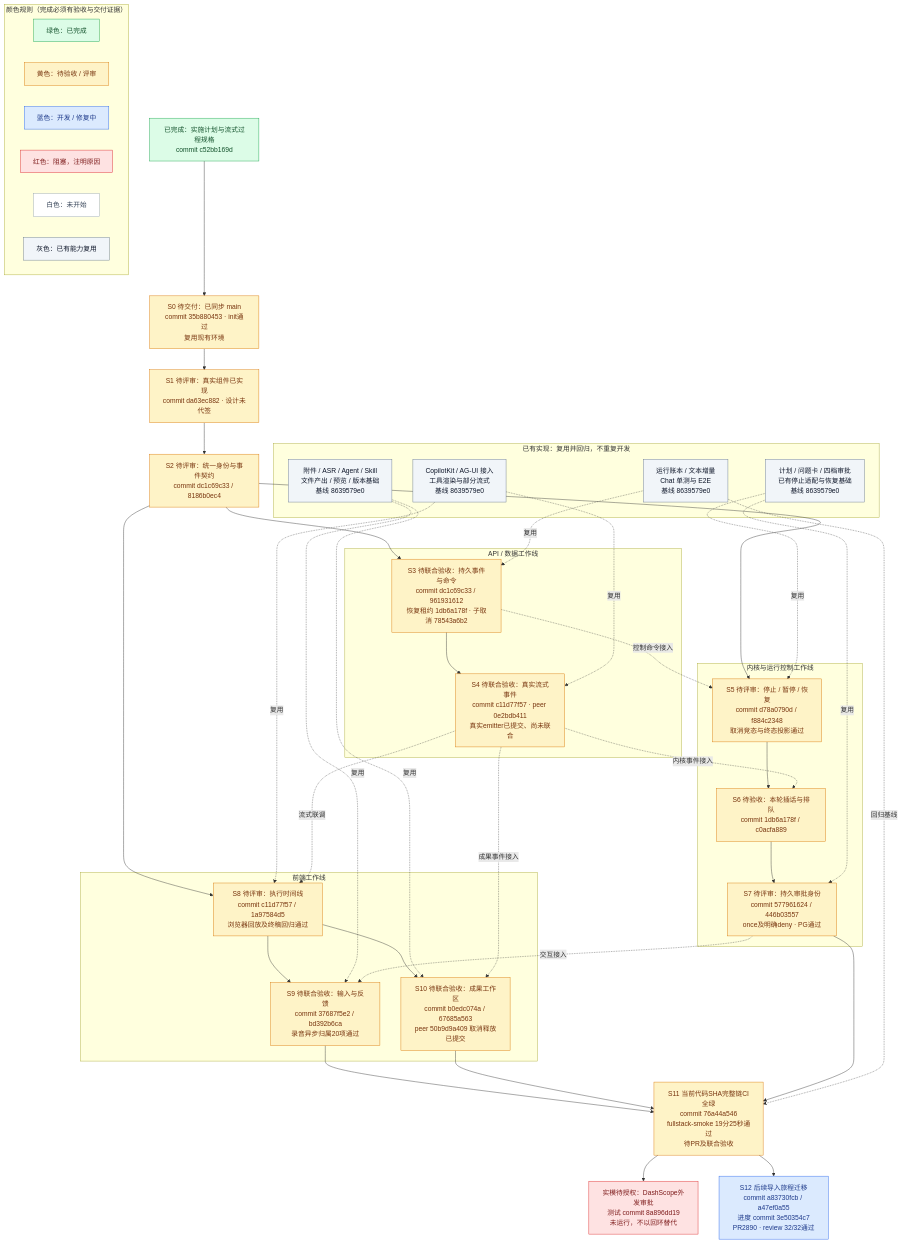
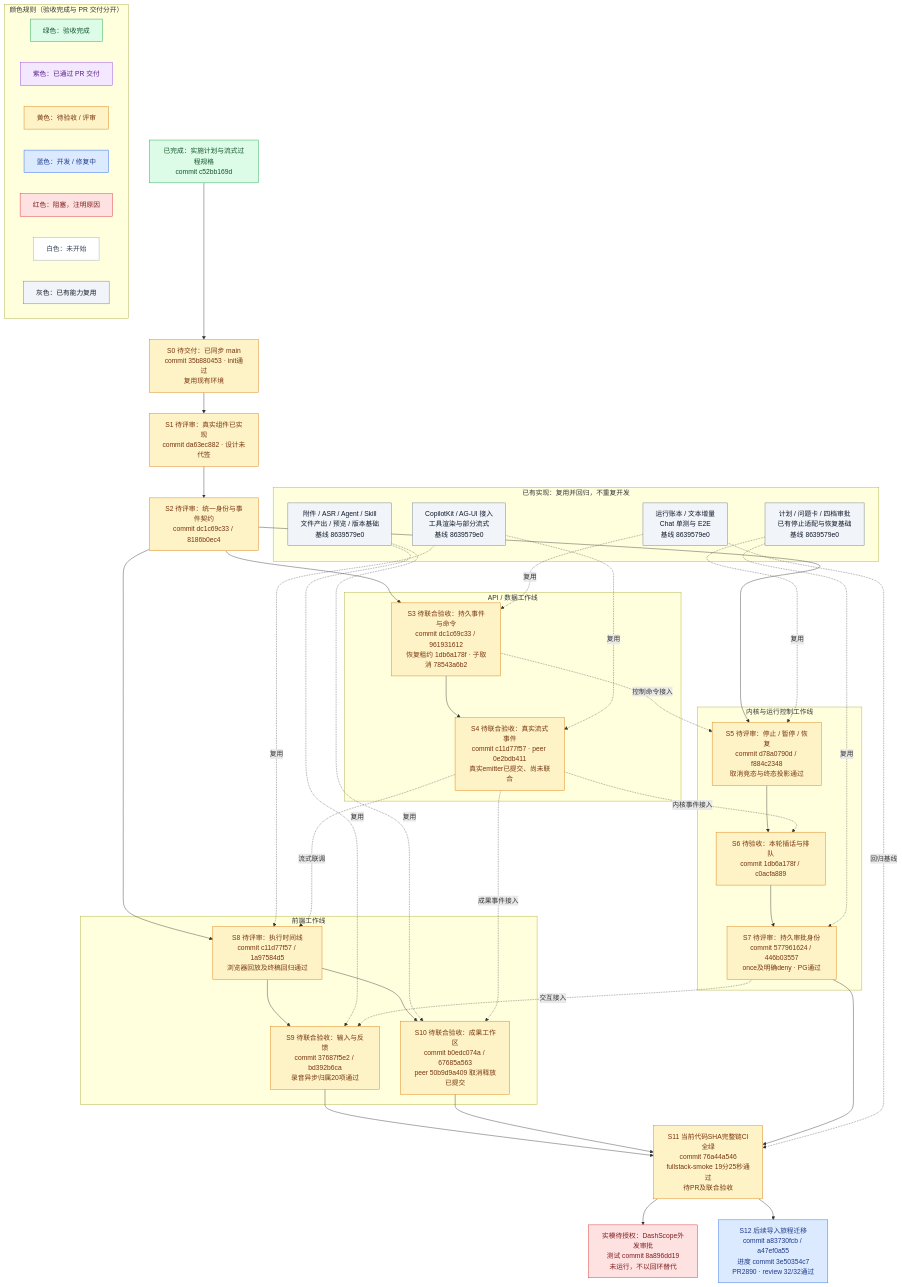
The first of 2 diagrams in docs/design/agent-workbench-upgrade-plan-2026-09-06.md (boardx/workspacex), drawn with Mermaid before and after one commit. The commit also changed other lines of this file, not shown here.

Commit message:
docs(workbench): separate acceptance and PR delivery colors

````diff
--- a/docs/design/agent-workbench-upgrade-plan-2026-09-06.md
+++ b/docs/design/agent-workbench-upgrade-plan-2026-09-06.md
@@ -9,75 +9,77 @@
 ```mermaid
 flowchart TB
   P["已完成：实施计划与流式过程规格\ncommit c52bb169d"]:::done
 
   subgraph BASE["已有实现：复用并回归，不重复开发"]
     R1["CopilotKit / AG-UI 接入\n工具渲染与部分流式\n基线 8639579e0"]:::reuse
     R2["计划 / 问题卡 / 四档审批\n已有停止适配与恢复基础\n基线 8639579e0"]:::reuse
     R3["附件 / ASR / Agent / Skill\n文件产出 / 预览 / 版本基础\n基线 8639579e0"]:::reuse
     R4["运行账本 / 文本增量\nChat 单测与 E2E\n基线 8639579e0"]:::reuse
   end
 
   P --> S0["S0 待交付：已同步 main\ncommit 35b880453 · init通过\n复用现有环境"]:::verify
   S0 --> S1["S1 待评审：真实组件已实现\ncommit da63ec882 · 设计未代签"]:::verify
   S1 --> S2["S2 待评审：统一身份与事件契约\ncommit dc1c69c33 / 8186b0ec4"]:::verify
 
   subgraph FE["前端工作线"]
     S8["S8 待评审：执行时间线\ncommit c11d77f57 / 1a97584d5\n浏览器回放及终稿回归通过"]:::verify
     S9["S9 待联合验收：输入与反馈\ncommit 37687f5e2 / bd392b6ca\n录音异步归属20项通过"]:::verify
     S10["S10 待联合验收：成果工作区\ncommit b0edc074a / 67685a563\npeer 50b9d9a409 取消释放已提交"]:::verify
     S8 --> S9
     S8 --> S10
   end
 
   subgraph API["API / 数据工作线"]
     S3["S3 待联合验收：持久事件与命令\ncommit dc1c69c33 / 961931612\n恢复租约 1db6a178f · 子取消 78543a6b2"]:::verify
     S4["S4 待联合验收：真实流式事件\ncommit c11d77f57 · peer 0e2bdb411\n真实emitter已提交、尚未联合"]:::verify
     S3 --> S4
   end
 
   subgraph ENGINE["内核与运行控制工作线"]
     S5["S5 待评审：停止 / 暂停 / 恢复\ncommit d78a0790d / f884c2348\n取消竞态与终态投影通过"]:::verify
     S6["S6 待验收：本轮插话与排队\ncommit 1db6a178f / c0acfa889"]:::verify
     S7["S7 待评审：持久审批身份\ncommit 577961624 / 446b03557\nonce及明确deny · PG通过"]:::verify
     S5 --> S6 --> S7
   end
 
   S2 --> S8
   S2 --> S3
   S2 --> S5
   R1 -.复用.-> S8
   R1 -.复用.-> S4
   R2 -.复用.-> S5
   R2 -.复用.-> S7
   R3 -.复用.-> S9
   R3 -.复用.-> S10
   R4 -.复用.-> S3
   S3 -.控制命令接入.-> S5
   S4 -.流式联调.-> S8
   S4 -.内核事件接入.-> S6
   S4 -.成果事件接入.-> S10
   S7 -.交互接入.-> S9
 
   S9 --> S11["S11 当前代码SHA完整链CI全绿\ncommit 76a44a546\nfullstack-smoke 19分25秒通过\n待PR及联合验收"]:::verify
   S11 --> RM["实模待授权：DashScope外发审批\n测试 commit 8a896dd19\n未运行，不以回环替代"]:::blocked
   S10 --> S11
   S7 --> S11
   R4 -.回归基线.-> S11
   S11 --> S12["S12 后续导入旅程迁移\ncommit a83730fcb / a47ef0a55\n进度 commit 3e50354c7\nPR2890 · review 32/32通过"]:::active
 
-  subgraph LEGEND["颜色规则（完成必须有验收与交付证据）"]
-    LG["绿色：已完成"]:::done
+  subgraph LEGEND["颜色规则（验收完成与 PR 交付分开）"]
+    LG["绿色：验收完成"]:::done
+    LP["紫色：已通过 PR 交付"]:::delivered
     LY["黄色：待验收 / 评审"]:::verify
     LB["蓝色：开发 / 修复中"]:::active
     LR["红色：阻塞，注明原因"]:::blocked
     LW["白色：未开始"]:::pending
     LX["灰色：已有能力复用"]:::reuse
   end
 
   classDef reuse fill:#f1f5f9,stroke:#64748b,color:#0f172a;
   classDef pending fill:#ffffff,stroke:#94a3b8,color:#334155;
   classDef active fill:#dbeafe,stroke:#2563eb,color:#1e3a8a;
   classDef verify fill:#fef3c7,stroke:#d97706,color:#78350f;
   classDef done fill:#dcfce7,stroke:#16a34a,color:#14532d;
+  classDef delivered fill:#f3e8ff,stroke:#9333ea,color:#581c87;
   classDef blocked fill:#fee2e2,stroke:#dc2626,color:#7f1d1d;
 ```
````
